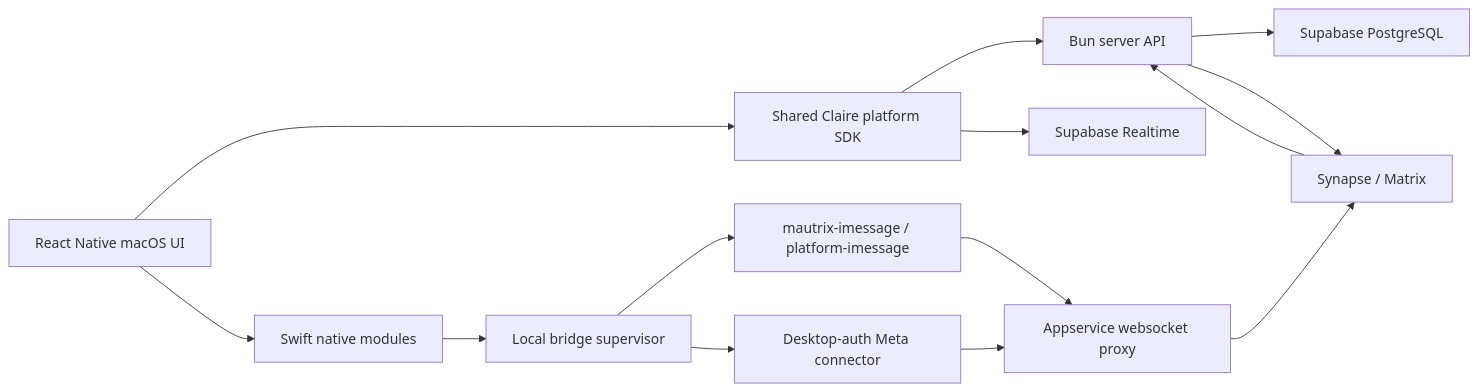
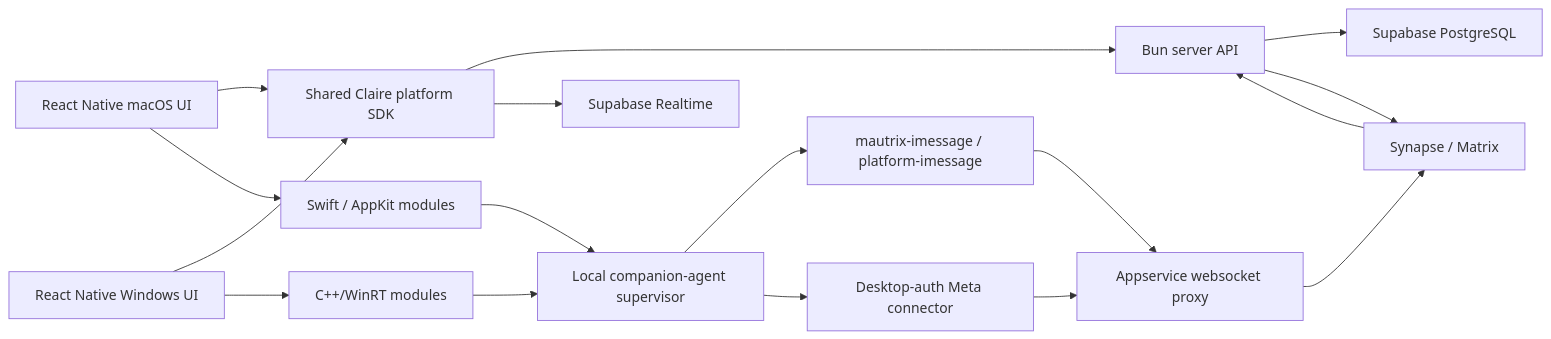
Before and after one commit to l2succes/claire: the diagram in docs/DESKTOP_APP_IMPLEMENTATION_SPEC.md, drawn with Mermaid. The commit also changed other lines of this file and 109 other files, not shown here.

Commit message:
feat: add native desktop companion platform

````diff
--- a/docs/DESKTOP_APP_IMPLEMENTATION_SPEC.md
+++ b/docs/DESKTOP_APP_IMPLEMENTATION_SPEC.md
@@ -100,16 +123,19 @@
 ```mermaid
 flowchart LR
-    UI["React Native macOS UI"] --> SDK["Shared Claire platform SDK"]
-    UI --> Native["Swift native modules"]
+    MacUI["React Native macOS UI"] --> SDK["Shared Claire platform SDK"]
+    WinUI["React Native Windows UI"] --> SDK
+    MacUI --> MacNative["Swift / AppKit modules"]
+    WinUI --> WinNative["C++/WinRT modules"]
     SDK --> API["Bun server API"]
     SDK --> RT["Supabase Realtime"]
     API --> DB["Supabase PostgreSQL"]
     API --> Matrix["Synapse / Matrix"]
-    Native --> Supervisor["Local bridge supervisor"]
+    MacNative --> Supervisor["Local companion-agent supervisor"]
+    WinNative --> Supervisor
     Supervisor --> IM["mautrix-imessage / platform-imessage"]
     Supervisor --> Meta["Desktop-auth Meta connector"]
     IM --> WS["Appservice websocket proxy"]
     Meta --> WS
     WS --> Matrix
     Matrix --> API
 ```
````
